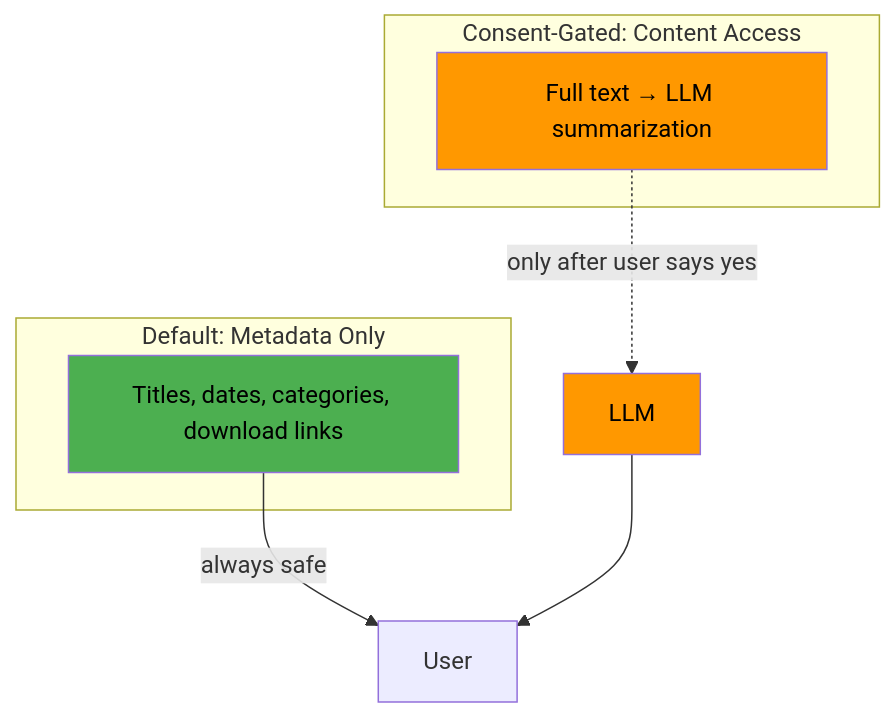
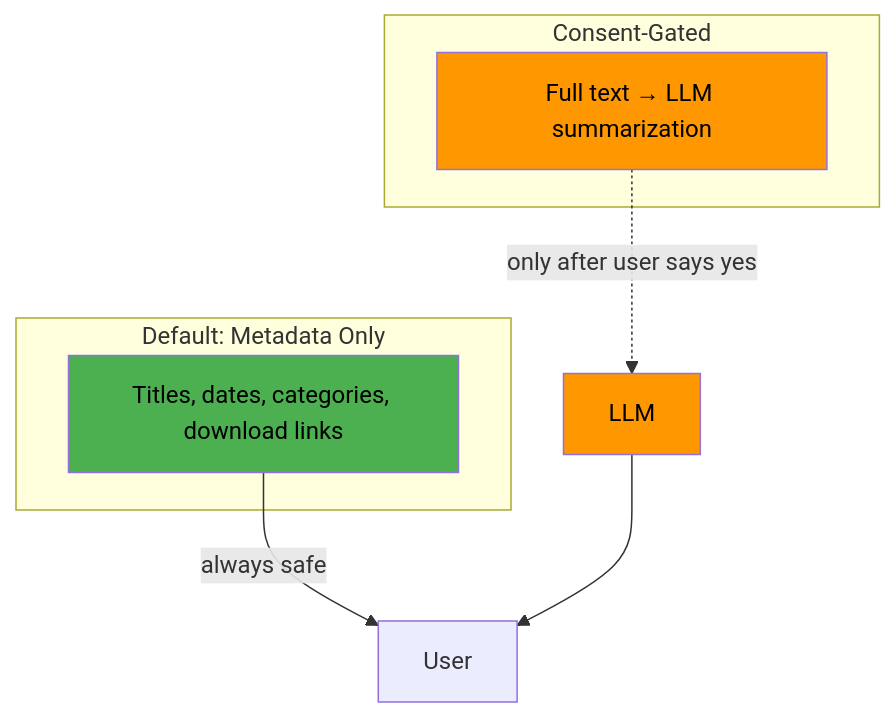
The first of 2 diagrams in PRESENTATION.md (vinismoraes/hackathon-agent-documents), drawn with Mermaid before and after one commit. The commit also changed other lines of this file and 10 other files, not shown here.

````diff
--- a/PRESENTATION.md
+++ b/PRESENTATION.md
@@ -60,18 +29,18 @@
 ```mermaid
 flowchart TD
     subgraph DEFAULT ["Default: Metadata Only"]
         META["Titles, dates, categories, download links"]
     end
 
-    subgraph GATED ["Consent-Gated: Content Access"]
+    subgraph GATED ["Consent-Gated"]
         CONTENT["Full text → LLM summarization"]
     end
 
     META -->|"always safe"| User
     CONTENT -.->|"only after user says yes"| LLM["LLM"]
     LLM --> User
 
     style CONTENT fill:#ff9800,color:#000
     style LLM fill:#ff9800,color:#000
     style META fill:#4caf50,color:#000
 ```
````
